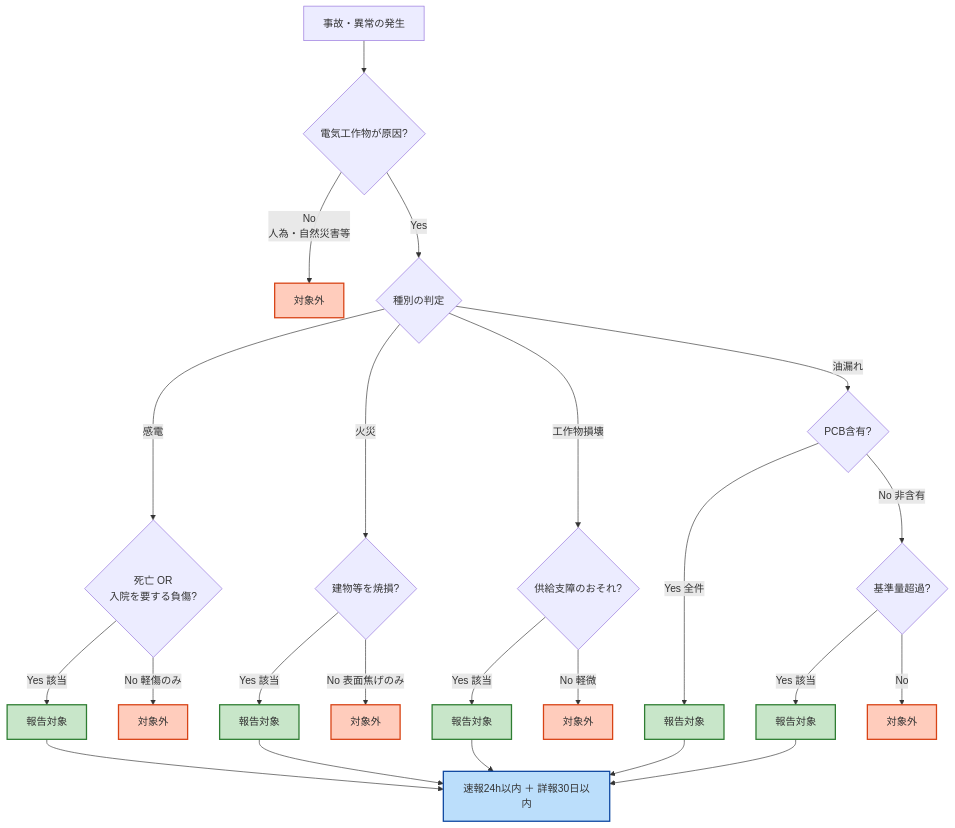
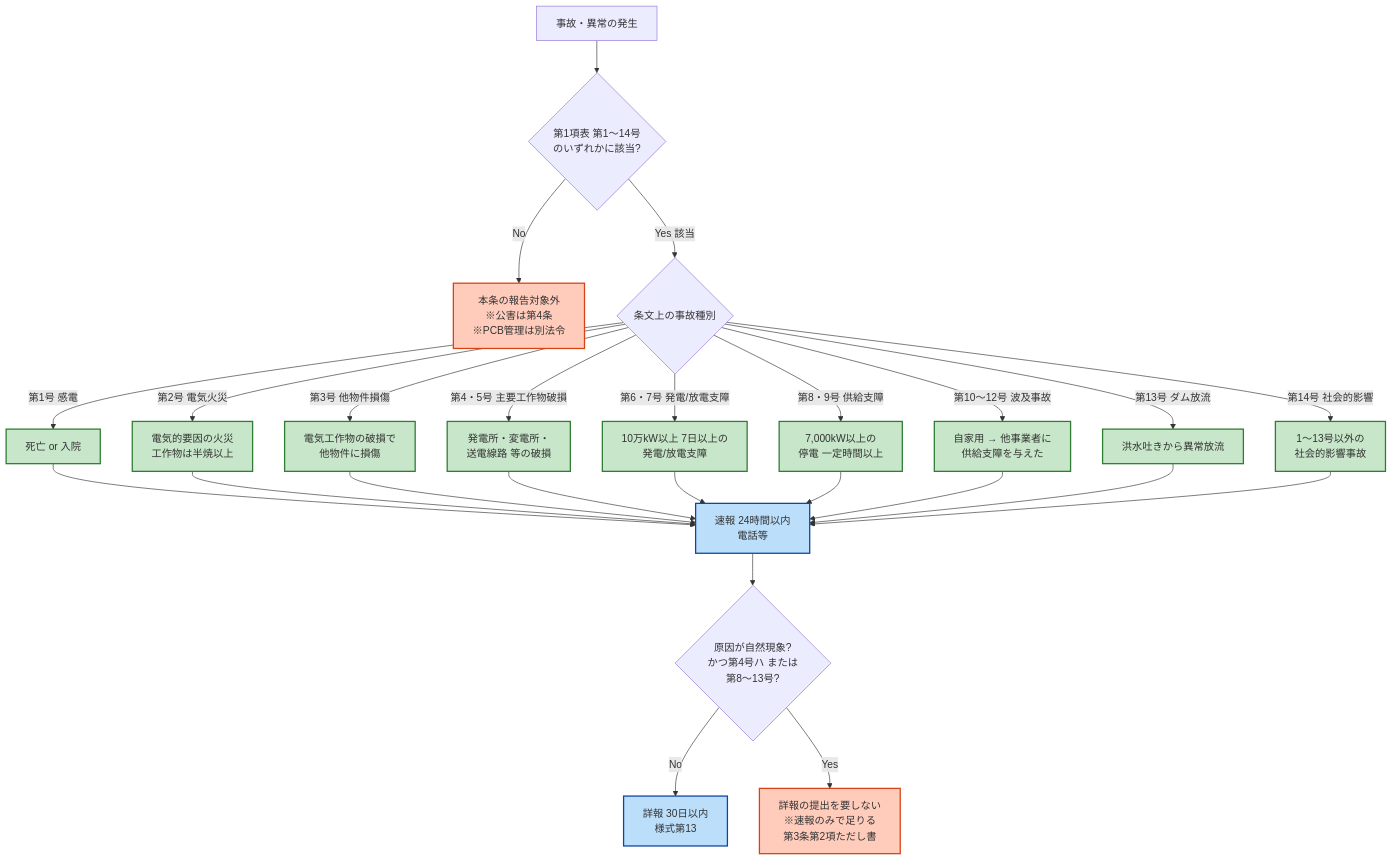
Before and after one commit to kfurufuru/denken-wiki: the diagram in docs/articles/other/jiko-3.md, drawn with Mermaid. The commit also changed other lines of this file, not shown here.

````diff
--- a/docs/articles/other/jiko-3.md
+++ b/docs/articles/other/jiko-3.md
@@ -240,36 +286,29 @@
 ```mermaid
 flowchart TD
-    Start[事故・異常の発生] --> Q1{電気工作物が原因?}
-    Q1 -->|No<br/>人為・自然災害等| N1[対象外]
-    Q1 -->|Yes| Q2{種別の判定}
+    Start[事故・異常の発生] --> Q1{第1項表 第1〜14号<br/>のいずれかに該当?}
+    Q1 -->|No| Nout[本条の報告対象外<br/>※公害は第4条<br/>※PCB管理は別法令]
 
-    Q2 -->|感電| Q3{死亡 OR<br/>入院を要する負傷?}
-    Q3 -->|Yes 該当| R3[報告対象]
-    Q3 -->|No 軽傷のみ| N3[対象外]
+    Q1 -->|Yes 該当| Branch{条文上の事故種別}
+    Branch -->|第1号 感電| C1[死亡 or 入院]
+    Branch -->|第2号 電気火災| C2[電気的要因の火災<br/>工作物は半焼以上]
+    Branch -->|第3号 他物件損傷| C3[電気工作物の破損で<br/>他物件に損傷]
+    Branch -->|第4・5号 主要工作物破損| C4[発電所・変電所・<br/>送電線路 等の破損]
+    Branch -->|第6・7号 発電/放電支障| C5[10万kW以上 7日以上の<br/>発電/放電支障]
+    Branch -->|第8・9号 供給支障| C6[7,000kW以上の<br/>停電 一定時間以上]
+    Branch -->|第10〜12号 波及事故| C7[自家用 → 他事業者に<br/>供給支障を与えた]
+    Branch -->|第13号 ダム放流| C8[洪水吐きから異常放流]
+    Branch -->|第14号 社会的影響| C9[1〜13号以外の<br/>社会的影響事故]
 
-    Q2 -->|火災| Q4{建物等を焼損?}
-    Q4 -->|Yes 該当| R4[報告対象]
-    Q4 -->|No 表面焦げのみ| N4[対象外]
+    C1 & C2 & C3 & C4 & C5 & C6 & C7 & C8 & C9 --> Step1[速報 24時間以内<br/>電話等]
 
-    Q2 -->|工作物損壊| Q5{供給支障のおそれ?}
-    Q5 -->|Yes 該当| R5[報告対象]
-    Q5 -->|No 軽微| N5[対象外]
+    Step1 --> Step2{原因が自然現象?<br/>かつ第4号ハ または<br/>第8〜13号?}
+    Step2 -->|No| Detail[詳報 30日以内<br/>様式第13]
+    Step2 -->|Yes| DetailSkip[詳報の提出を要しない<br/>※速報のみで足りる<br/>第3条第2項ただし書]
 
-    Q2 -->|油漏れ| Q6{PCB含有?}
-    Q6 -->|Yes 全件| R6[報告対象]
-    Q6 -->|No 非含有| Q7{基準量超過?}
-    Q7 -->|Yes 該当| R7[報告対象]
-    Q7 -->|No| N7[対象外]
-
-    R3 --> Step[速報24h以内 ＋ 詳報30日以内]
-    R4 --> Step
-    R5 --> Step
-    R6 --> Step
-    R7 --> Step
-
-    classDef rep fill:#c8e6c9,stroke:#2e7d32,stroke-width:2px
-    classDef nrep fill:#ffccbc,stroke:#d84315,stroke-width:2px
-    class R3,R4,R5,R6,R7 rep
-    class N1,N3,N4,N5,N7 nrep
-    style Step fill:#bbdefb,stroke:#0d47a1,stroke-width:2px
+    classDef accept fill:#c8e6c9,stroke:#2e7d32,stroke-width:2px
+    classDef reject fill:#ffccbc,stroke:#d84315,stroke-width:2px
+    classDef step fill:#bbdefb,stroke:#0d47a1,stroke-width:2px
+    class C1,C2,C3,C4,C5,C6,C7,C8,C9 accept
+    class Nout,DetailSkip reject
+    class Step1,Detail step
 ```
````
